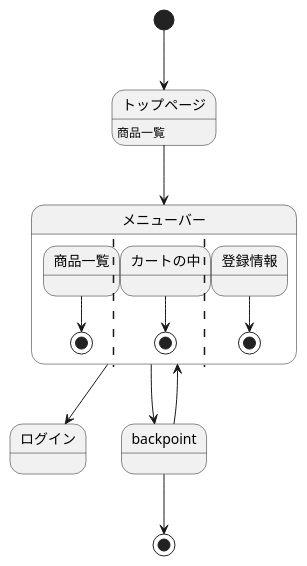
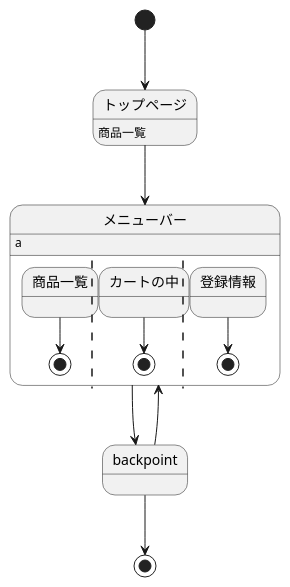
One commit to Aso2001385/2021sys-design changed the diagram in sample/StateMachine.md. Above: the diagram before and after it, drawn with PlantUML.

````diff
--- a/sample/StateMachine.md
+++ b/sample/StateMachine.md
@@ -1,20 +1,20 @@
 ```uml
 @startuml
 
 [*] --> トップページ
 トップページ: 商品一覧
 トップページ --> メニューバー
 state メニューバー {
+メニューバー: a
  商品一覧 --> [*]
  ||
  カートの中 --> [*]
  ||
  登録情報 --> [*]
 }
-メニューバー --> ログイン
 メニューバー --> backpoint
 backpoint --> メニューバー
 backpoint --> [*]
 
 @enduml
 ```
````
